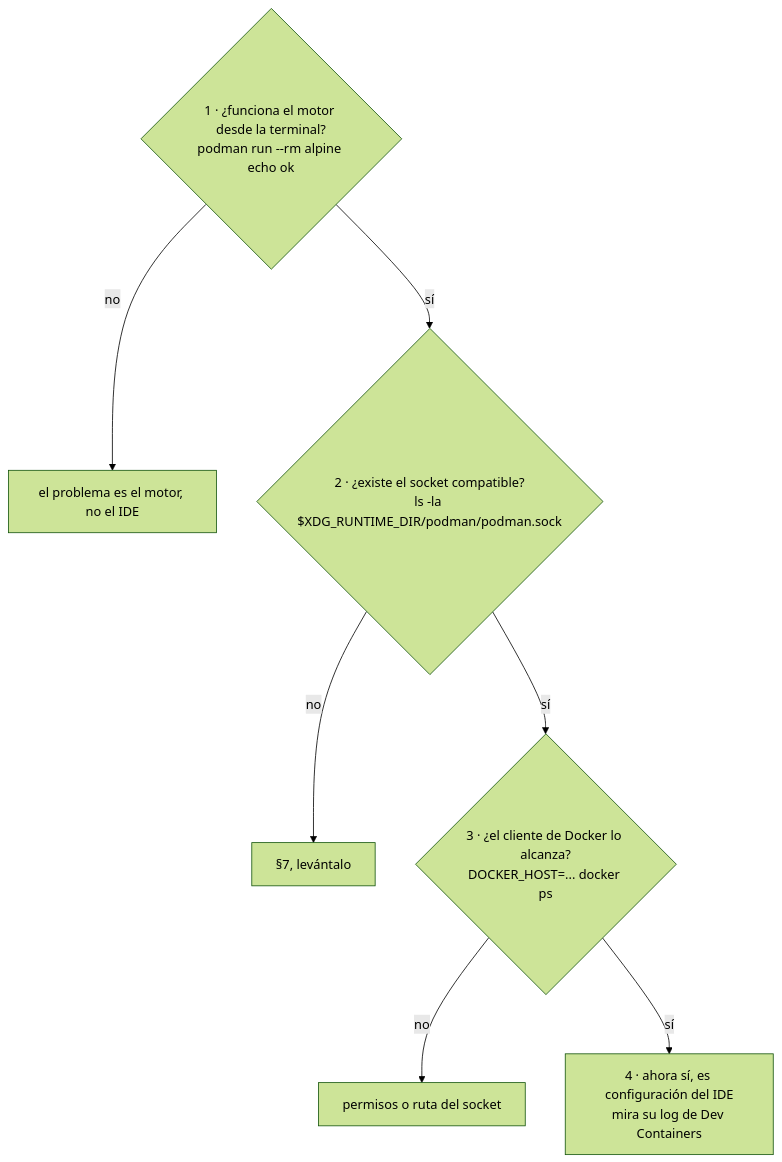
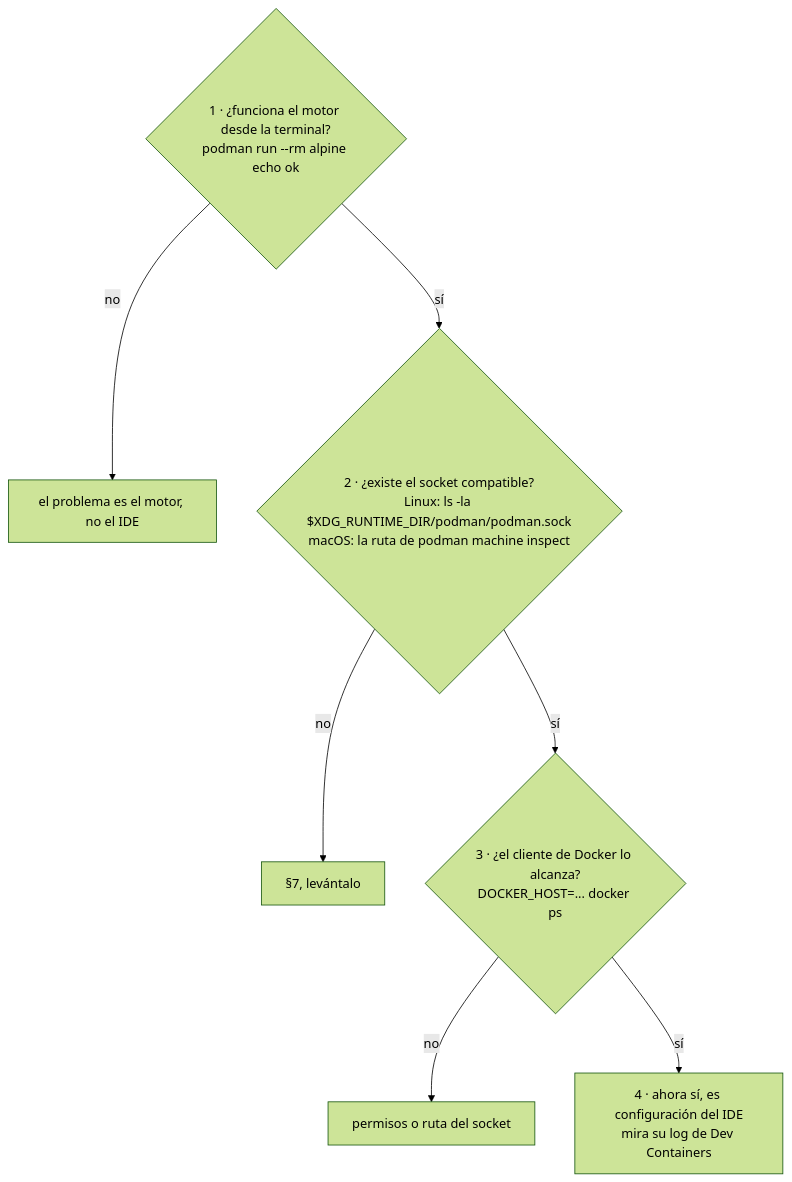
One commit to oskar-raul-dev/courses-ai-generated changed the second of 2 diagrams in cursos-contenedores-cloud-infra/docker-container-legacy/26-portabilidad-entre-motores.md. Above: the diagram before and after it, drawn with Mermaid (forest theme). The commit also changed other lines of this file and 65 other files, not shown here.

````diff
--- a/cursos-contenedores-cloud-infra/docker-container-legacy/26-portabilidad-entre-motores.md
+++ b/cursos-contenedores-cloud-infra/docker-container-legacy/26-portabilidad-entre-motores.md
@@ -255,10 +308,10 @@
 ```mermaid
 flowchart TD
     Q1{"1 · ¿funciona el motor desde la terminal?<br/>podman run --rm alpine echo ok"}
     Q1 -- "no" --> R1["el problema es el motor, no el IDE"]
-    Q1 -- "sí" --> Q2{"2 · ¿existe el socket compatible?<br/>ls -la $XDG_RUNTIME_DIR/podman/podman.sock"}
+    Q1 -- "sí" --> Q2{"2 · ¿existe el socket compatible?<br/>Linux: ls -la $XDG_RUNTIME_DIR/podman/podman.sock<br/>macOS: la ruta de podman machine inspect"}
     Q2 -- "no" --> R2["§7, levántalo"]
     Q2 -- "sí" --> Q3{"3 · ¿el cliente de Docker lo alcanza?<br/>DOCKER_HOST=... docker ps"}
     Q3 -- "no" --> R3["permisos o ruta del socket"]
     Q3 -- "sí" --> R4["4 · ahora sí, es configuración del IDE<br/>mira su log de Dev Containers"]
 ```
````
